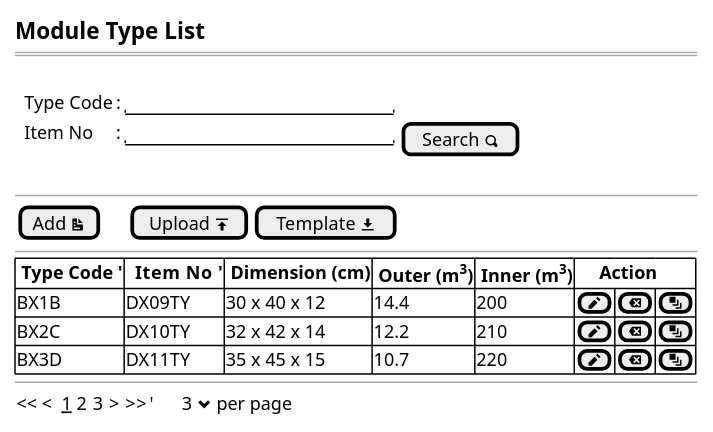
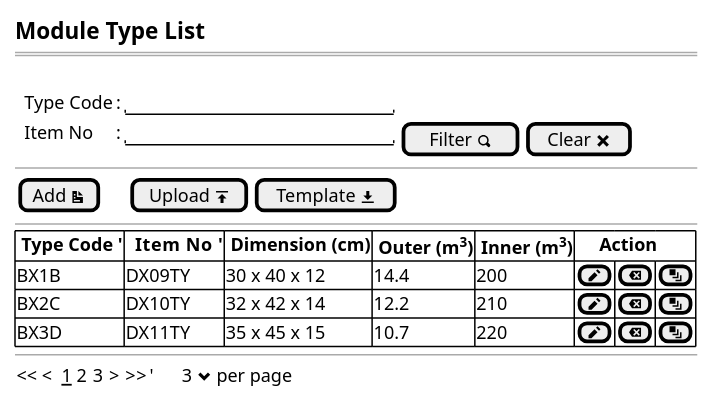
One commit to ari-fikri/packing-cost-mockup changed the diagram in Module Type/module type - list.puml. Above: the diagram before and after it, drawn with PlantUML. The commit also changed other lines of this file, not shown here.

Commit message:
Add clear filter button

```diff
--- a/Module Type/module type - list.puml
+++ b/Module Type/module type - list.puml
@@ -1,28 +1,27 @@
 @startsalt
 {
   <size:15><b>Module Type List
   ==
   .
   {
       .|Type Code    |: |"                      "|*
-      .|Item No      |: |"                      "| [Search <&magnifying-glass>] |*      
+      .|Item No      |: |"                      "| [Filter <&magnifying-glass>]| [Clear <&x>]| *      
 
   }
-  .
   --
   {
   [Add <&document>]|.|.|.|[Upload <&data-transfer-upload>]| [Template <&data-transfer-download>]|*
   }
   --
   {#
     |<b> Type Code '|<b>  Item No  '|<b> Dimension (cm)  |<b> Outer (m<sup>3</sup>)   |<b> Inner (m<sup>3</sup>)   |<b>     Action |*|*|*
     | BX1B          | DX09TY        | 30 x 40 x 12       | 14.4                       | 200                        | [<&pencil>]|[<&delete>]|[<&layers>]|*
     | BX2C          | DX10TY        | 32 x 42 x 14       | 12.2                       | 210                        | [<&pencil>]|[<&delete>]|[<&layers>]|*
     | BX3D          | DX11TY        | 35 x 45 x 15       | 10.7                       | 220                        | [<&pencil>]|[<&delete>]|[<&layers>]|*
   }
   --
   {
   << <  __1__ 2 3  > >>  |'      3 <&chevron-bottom> per page |*
   }
 }
 @endsalt
```
